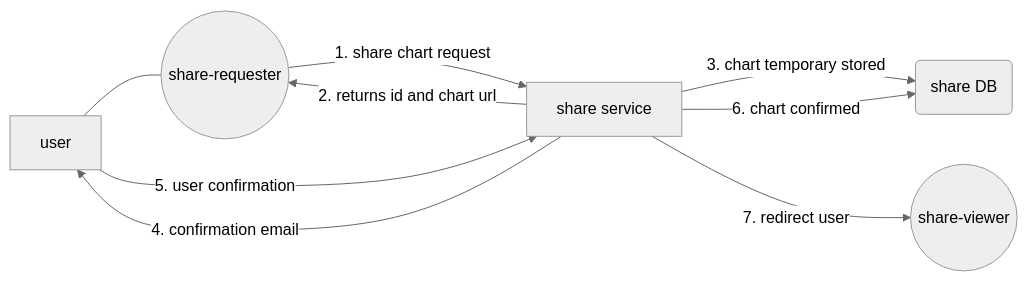
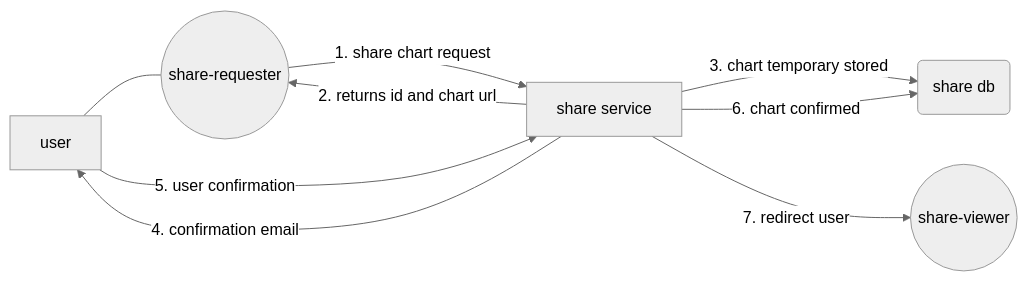
One commit to mmiranda222/.statsuite changed the second of 8 diagrams in content/getting started/framework.md. Above: the diagram before and after it, drawn with Mermaid (neutral theme). The commit also changed other lines of this file, not shown here.

````diff
--- a/content/getting started/framework.md
+++ b/content/getting started/framework.md
@@ -193,17 +193,17 @@
 ```mermaid
 graph LR
 id0[user]
 id1((share-requester))
 id2[share service]
-id3(share DB)
+id3(share db)
 id4((share-viewer))
 
 id0 --- id1
 id1 -->|1. share chart request| id2
 id2 -->|2. returns id and chart url| id1
 id2 -->|3. chart temporary stored| id3
 id2 -->|4. confirmation email| id0
 id0 -->|5. user confirmation| id2
 id2 -->|6. chart confirmed| id3
 id2 -->|7. redirect user|id4
 ```
````
